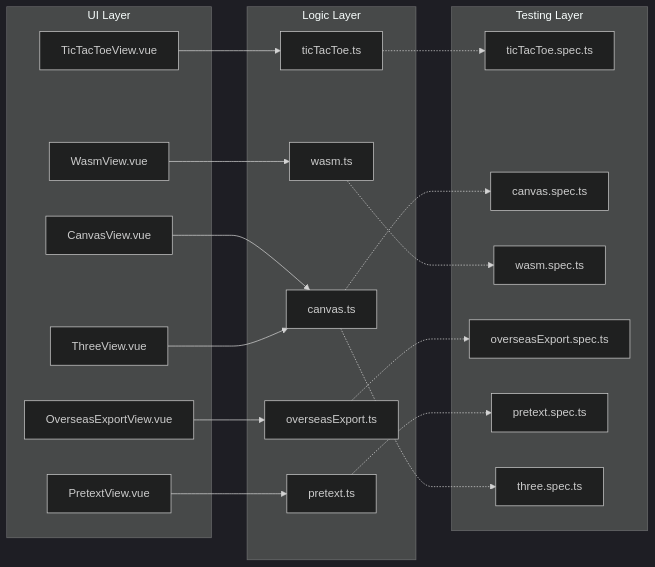
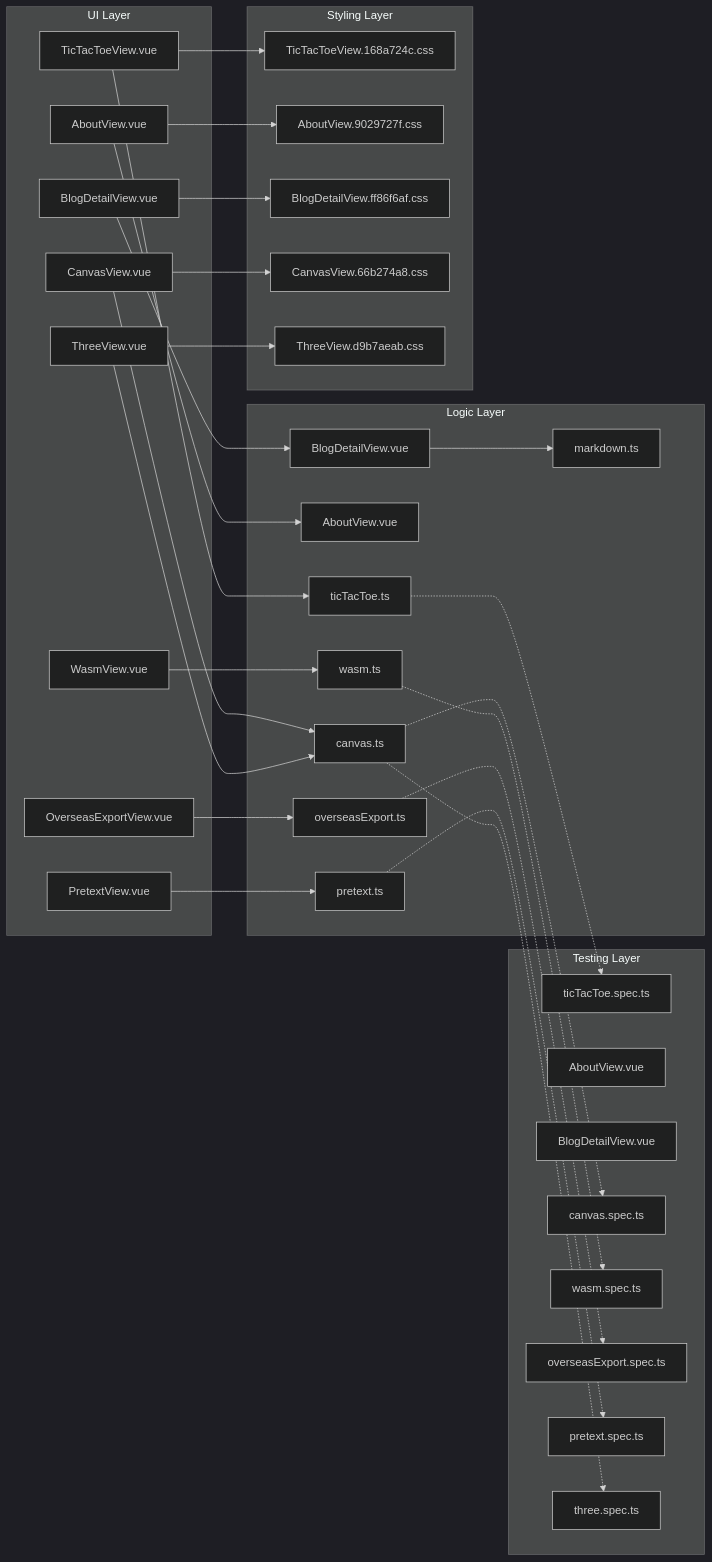
One commit to adminfyy/adminfyy.github.io changed the second of 11 diagrams in .qoder/repowiki/en/content/Interactive Applications/Interactive Applications.md. Above: the diagram before and after it, drawn with Mermaid (dark theme). The commit also changed other lines of this file and 5 other files, not shown here.

````diff
--- a/.qoder/repowiki/en/content/Interactive Applications/Interactive Applications.md
+++ b/.qoder/repowiki/en/content/Interactive Applications/Interactive Applications.md
@@ -119,38 +163,60 @@
 ```mermaid
 graph LR
 subgraph "UI Layer"
 V_TTT["TicTacToeView.vue"]
+V_ABOUT["AboutView.vue"]
+V_BLOG["BlogDetailView.vue"]
 V_CANV["CanvasView.vue"]
 V_WASM["WasmView.vue"]
 V_EXP["OverseasExportView.vue"]
 V_PRETEXT["PretextView.vue"]
 V_THREE["ThreeView.vue"]
 end
 subgraph "Logic Layer"
 U_TTT["ticTacToe.ts"]
+U_ABOUT["AboutView.vue"]
+U_BLOG["BlogDetailView.vue"]
 U_CANV["canvas.ts"]
 U_WASM["wasm.ts"]
 U_EXP["overseasExport.ts"]
 U_PRETEXT["pretext.ts"]
+U_MARKDOWN["markdown.ts"]
+end
+subgraph "Styling Layer"
+CSS_TTT["TicTacToeView.168a724c.css"]
+CSS_ABOUT["AboutView.9029727f.css"]
+CSS_BLOG["BlogDetailView.ff86f6af.css"]
+CSS_CANV["CanvasView.66b274a8.css"]
+CSS_THREE["ThreeView.d9b7aeab.css"]
 end
 subgraph "Testing Layer"
 T_TTT["ticTacToe.spec.ts"]
+T_ABOUT["AboutView.vue"]
+T_BLOG["BlogDetailView.vue"]
 T_CANV["canvas.spec.ts"]
 T_WASM["wasm.spec.ts"]
 T_EXP["overseasExport.spec.ts"]
 T_PRETEXT["pretext.spec.ts"]
 T_THREE["three.spec.ts"]
 end
 V_TTT --> U_TTT
+V_ABOUT --> U_ABOUT
+V_BLOG --> U_BLOG
 V_CANV --> U_CANV
 V_WASM --> U_WASM
 V_EXP --> U_EXP
 V_PRETEXT --> U_PRETEXT
 V_THREE --> U_CANV
+U_BLOG --> U_MARKDOWN
+V_TTT --> CSS_TTT
+V_ABOUT --> CSS_ABOUT
+V_BLOG --> CSS_BLOG
+V_CANV --> CSS_CANV
+V_THREE --> CSS_THREE
 U_CANV -.-> T_CANV
 U_WASM -.-> T_WASM
 U_PRETEXT -.-> T_PRETEXT
 U_TTT -.-> T_TTT
 U_EXP -.-> T_EXP
 U_CANV -.-> T_THREE
 ```
````
